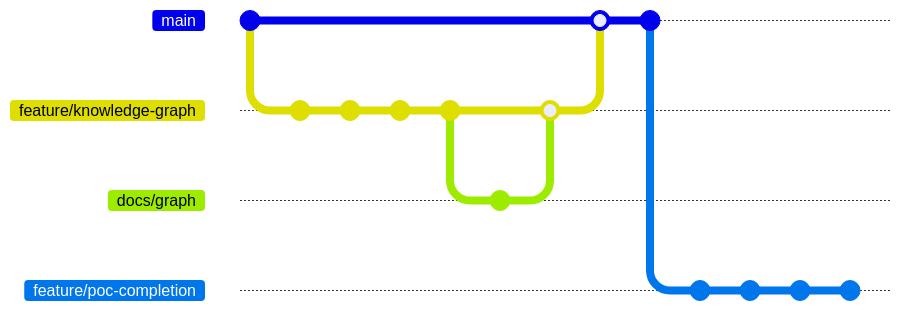
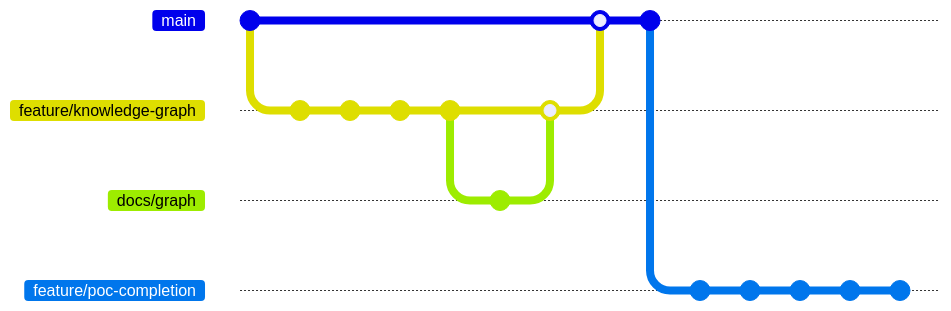
Before and after one commit to geoffsweeney/wine-recommender: the second of 2 diagrams in memory-bank/progress.md, drawn with Mermaid. The commit also changed other lines of this file and 7 other files, not shown here. Commit ids are hidden.

````diff
--- a/memory-bank/progress.md
+++ b/memory-bank/progress.md
@@ -37,22 +37,23 @@
 ```mermaid
 gitGraph
     commit
     branch feature/knowledge-graph
     checkout feature/knowledge-graph
     commit id: "feat(neo4j): base service"
     commit id: "feat(graph): wine node management"
     commit id: "feat(graph): pairing relationships"
     commit id: "test(graph): recommendation queries"
     branch docs/graph
     commit id: "docs(graph): add schema documentation"
     checkout feature/knowledge-graph
     merge docs/graph
     checkout main
     merge feature/knowledge-graph
     commit id: "fix(dlq): message count in integration test"
     branch feature/poc-completion
     commit id: "feat: neo4j circuit wrapper"
     commit id: "feat: initial data loading"
     commit id: "feat: api endpoints"
     commit id: "docs: openapi specification"
+    commit id: "fix(errors): improve error handling and fix e2e tests"
 ```
````
